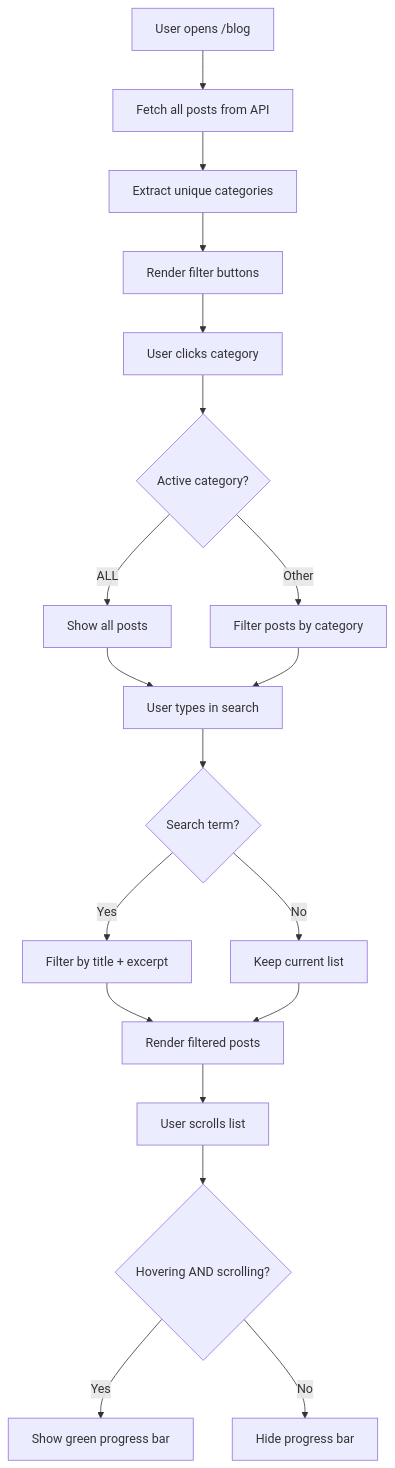
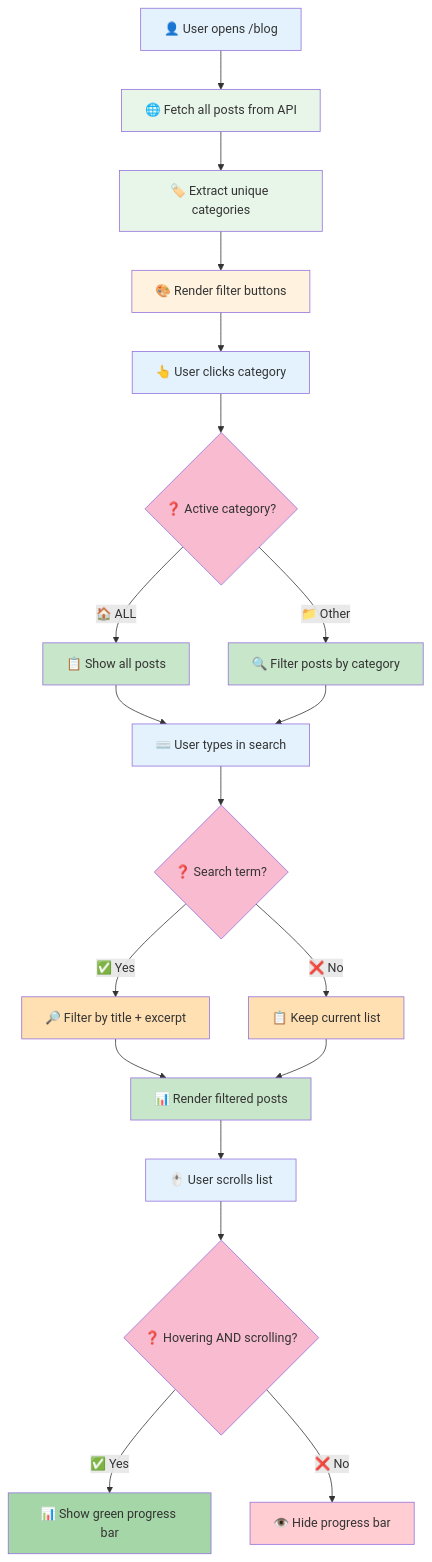
The fourth of 5 diagrams in apps/frontend/README.md (Tpekins/portfolio), drawn with Mermaid before and after one commit. The commit also changed other lines of this file and 3 other files, not shown here.

Commit message:
Added architecture, component hierarchy, filter flows, API flows, and auth flows to root, frontend, backend, and categories.

````diff
--- a/apps/frontend/README.md
+++ b/apps/frontend/README.md
@@ -101,21 +201,39 @@
 ```mermaid
 flowchart TD
-    A[User opens /blog] --> B[Fetch all posts from API]
-    B --> C[Extract unique categories]
-    C --> D[Render filter buttons]
-    D --> E[User clicks category]
-    E --> F{Active category?}
-    F -->|ALL| G[Show all posts]
-    F -->|Other| H[Filter posts by category]
-    G --> I[User types in search]
+    A["👤 User opens /blog"] --> B["🌐 Fetch all posts from API"]
+    B --> C["🏷️ Extract unique categories"]
+    C --> D["🎨 Render filter buttons"]
+    D --> E["👆 User clicks category"]
+    E --> F{"❓ Active category?"}
+    F -->|"🏠 ALL"| G["📋 Show all posts"]
+    F -->|"📁 Other"| H["🔍 Filter posts by category"]
+    G --> I["⌨️ User types in search"]
     H --> I
-    I --> J{Search term?}
-    J -->|Yes| K[Filter by title + excerpt]
-    J -->|No| L[Keep current list]
-    K --> M[Render filtered posts]
+    I --> J{"❓ Search term?"}
+    J -->|"✅ Yes"| K["🔎 Filter by title + excerpt"]
+    J -->|"❌ No"| L["📋 Keep current list"]
+    K --> M["📊 Render filtered posts"]
     L --> M
-    M --> N[User scrolls list]
-    N --> O{Hovering AND scrolling?}
-    O -->|Yes| P[Show green progress bar]
-    O -->|No| Q[Hide progress bar]
+    M --> N["🖱️ User scrolls list"]
+    N --> O{"❓ Hovering AND scrolling?"}
+    O -->|"✅ Yes"| P["📊 Show green progress bar"]
+    O -->|"❌ No"| Q["👁️ Hide progress bar"]
+
+    style A fill:#e3f2fd
+    style B fill:#e8f5e9
+    style C fill:#e8f5e9
+    style D fill:#fff3e0
+    style E fill:#e3f2fd
+    style F fill:#f8bbd0
+    style G fill:#c8e6c9
+    style H fill:#c8e6c9
+    style I fill:#e3f2fd
+    style J fill:#f8bbd0
+    style K fill:#ffe0b2
+    style L fill:#ffe0b2
+    style M fill:#c8e6c9
+    style N fill:#e3f2fd
+    style O fill:#f8bbd0
+    style P fill:#a5d6a7
+    style Q fill:#ffcdd2
 ```
````
